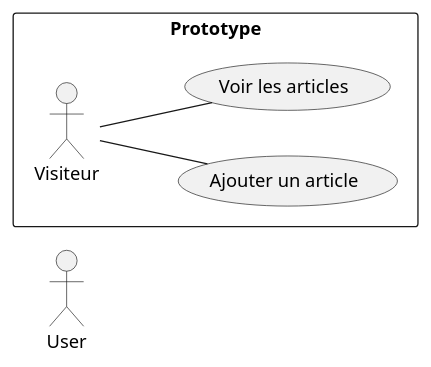
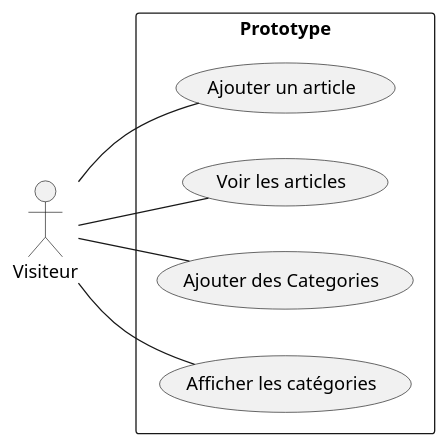
The diagram in Conception_générique_Prototype/Use_Case.puml (DevZakariaAz/Mastering-Eloquent-ORM), drawn with PlantUML before and after one commit.

Commit message:
Prototype

```diff
--- a/Conception_générique_Prototype/Use_Case.puml
+++ b/Conception_générique_Prototype/Use_Case.puml
@@ -1,10 +1,12 @@
 @startuml
 left to right direction
-actor User
+actor Visiteur
 
 rectangle "Prototype" {
     Visiteur -- (Ajouter un article)
     Visiteur -- (Voir les articles)
+    Visiteur -- (Ajouter des Categories)
+    Visiteur -- (Afficher les catégories)
 }
 
 @enduml
```
